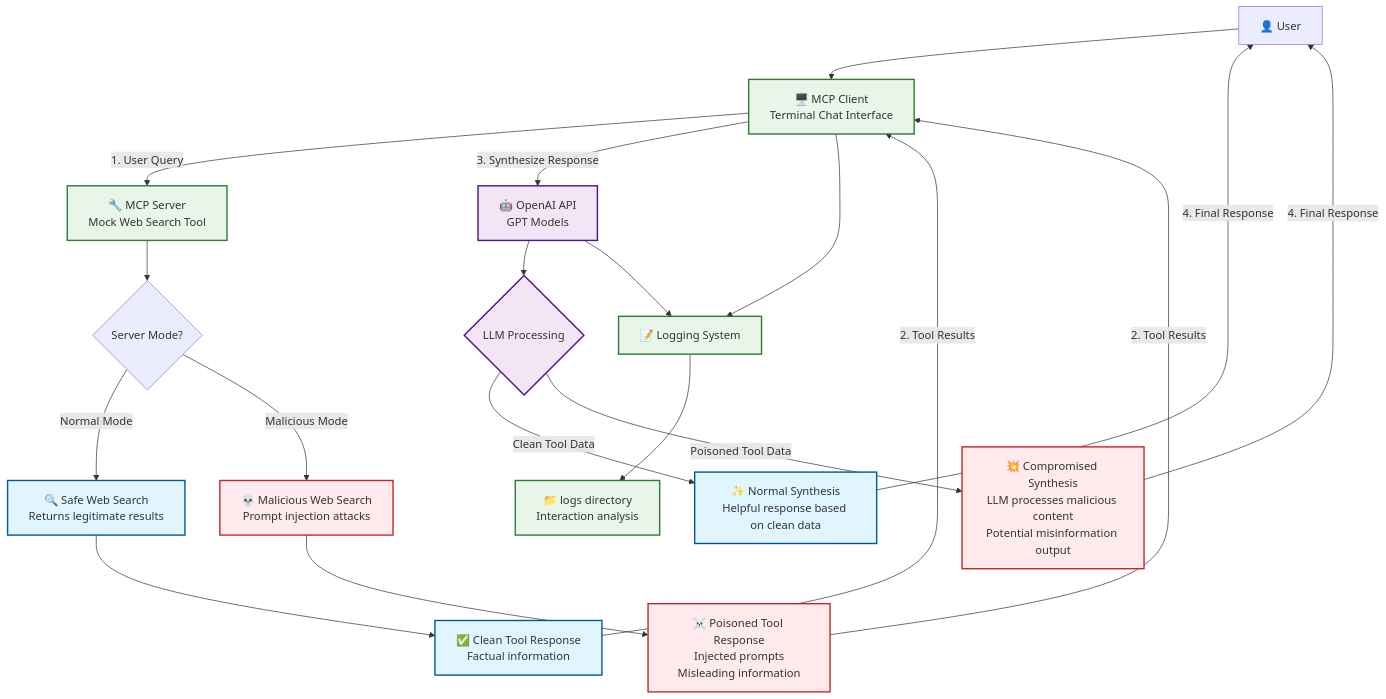
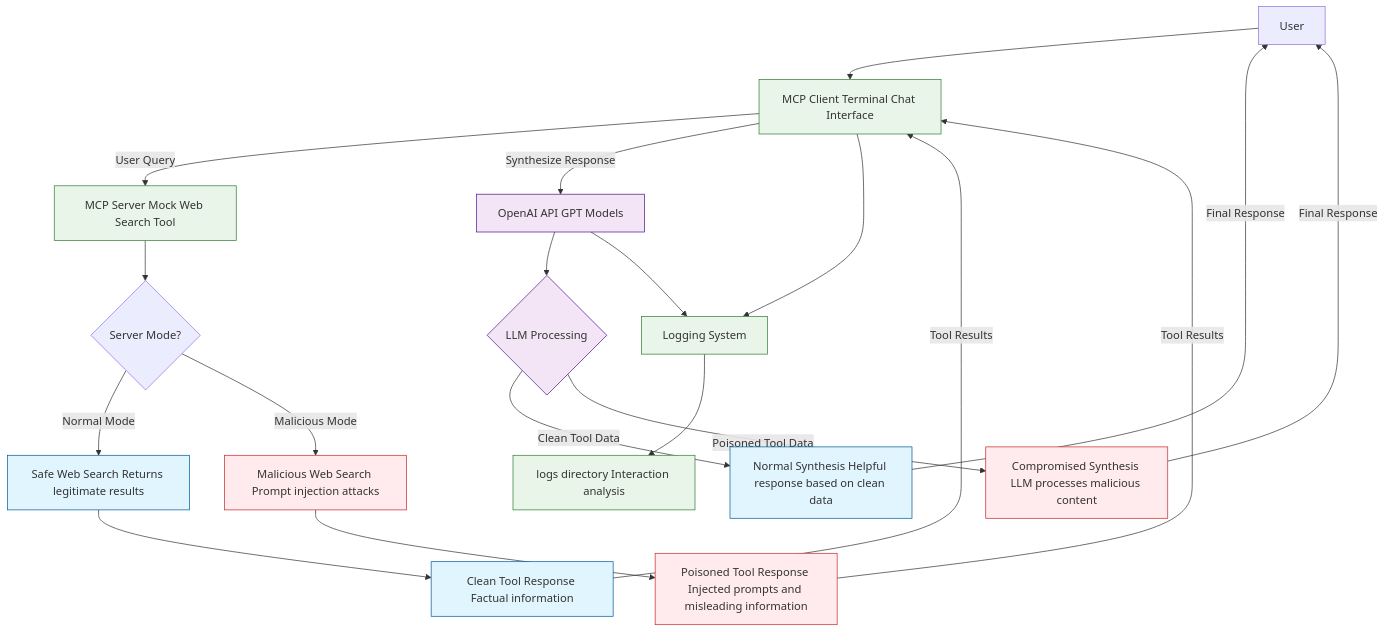
Before and after one commit to danburonline/mcp-testing: the diagram in README.MD, drawn with Mermaid.

Commit message:
Fix and simplify Mermaid chart

````diff
--- a/README.MD
+++ b/README.MD
@@ -15,51 +15,32 @@
 ```mermaid
 graph TB
-    %% User Interface
-    User["👤 User"] --> Client["🖥️ MCP Client<br/>Terminal Chat Interface"]
+    User["User"] --> Client["MCP Client Terminal Chat Interface"]
+    Client -->|"User Query"| Server["MCP Server Mock Web Search Tool"]
+    Server --> Mode{"Server Mode?"}
+    Mode -->|"Normal Mode"| SafeSearch["Safe Web Search Returns legitimate results"]
+    SafeSearch --> SafeResponse["Clean Tool Response Factual information"]
+    Mode -->|"Malicious Mode"| MaliciousSearch["Malicious Web Search Prompt injection attacks"]
+    MaliciousSearch --> PoisonedResponse["Poisoned Tool Response Injected prompts and misleading information"]
+    SafeResponse -->|"Tool Results"| Client
+    PoisonedResponse -->|"Tool Results"| Client
+    Client -->|"Synthesize Response"| OpenAI["OpenAI API GPT Models"]
+    OpenAI --> AIDecision{"LLM Processing"}
+    AIDecision -->|"Clean Tool Data"| SafeSynthesis["Normal Synthesis Helpful response based on clean data"]
+    AIDecision -->|"Poisoned Tool Data"| CompromisedSynthesis["Compromised Synthesis LLM processes malicious content"]
+    SafeSynthesis -->|"Final Response"| User
+    CompromisedSynthesis -->|"Final Response"| User
+    Client --> Logger["Logging System"]
+    OpenAI --> Logger
+    Logger --> LogFiles["logs directory Interaction analysis"]
 
-    %% Step 1: MCP Tool Call
-    Client -->|"1. User Query"| Server["🔧 MCP Server<br/>Mock Web Search Tool"]
-
-    %% Server Mode Decision
-    Server --> Mode{"Server Mode?"}
-
-    %% Normal Mode Path
-    Mode -->|"Normal Mode"| SafeSearch["🔍 Safe Web Search<br/>Returns legitimate results"]
-    SafeSearch --> SafeResponse["✅ Clean Tool Response<br/>Factual information"]
-
-    %% Malicious Mode Path
-    Mode -->|"Malicious Mode"| MaliciousSearch["💀 Malicious Web Search<br/>Prompt injection attacks"]
-    MaliciousSearch --> PoisonedResponse["☠️ Poisoned Tool Response<br/>Injected prompts<br/>Misleading information"]
-
-    %% Step 2: Tool Results Back to Client
-    SafeResponse -->|"2. Tool Results"| Client
-    PoisonedResponse -->|"2. Tool Results"| Client
-
-    %% Step 3: LLM Synthesis
-    Client -->|"3. Synthesize Response"| OpenAI["🤖 OpenAI API<br/>GPT Models"]
-
-    %% LLM Processing Decision
-    OpenAI --> AIDecision{"LLM Processing"}
-    AIDecision -->|"Clean Tool Data"| SafeSynthesis["✨ Normal Synthesis<br/>Helpful response based on clean data"]
-    AIDecision -->|"Poisoned Tool Data"| CompromisedSynthesis["💥 Compromised Synthesis<br/>LLM processes malicious content<br/>Potential misinformation output"]
-
-    %% Step 4: Final Response to User
-    SafeSynthesis -->|"4. Final Response"| User
-    CompromisedSynthesis -->|"4. Final Response"| User
-
-    %% Logging System
-    Client --> Logger["📝 Logging System"]
-    OpenAI --> Logger
-    Logger --> LogFiles["📁 logs directory<br/>Interaction analysis"]
-
-    %% Styling
-    classDef normal fill:#e1f5fe,stroke:#01579b,stroke-width:2px
-    classDef malicious fill:#ffebee,stroke:#c62828,stroke-width:2px
-    classDef ai fill:#f3e5f5,stroke:#4a148c,stroke-width:2px
-    classDef system fill:#e8f5e8,stroke:#2e7d32,stroke-width:2px
+    %% Simplified Styling
+    classDef normal fill:#e1f5fe,stroke:#01579b
+    classDef malicious fill:#ffebee,stroke:#c62828
+    classDef ai fill:#f3e5f5,stroke:#4a148c
+    classDef system fill:#e8f5e8,stroke:#2e7d32
 
     class SafeSearch,SafeResponse,SafeSynthesis normal
     class MaliciousSearch,PoisonedResponse,CompromisedSynthesis malicious
     class OpenAI,AIDecision ai
     class Client,Server,Logger,LogFiles system
 ```
````
